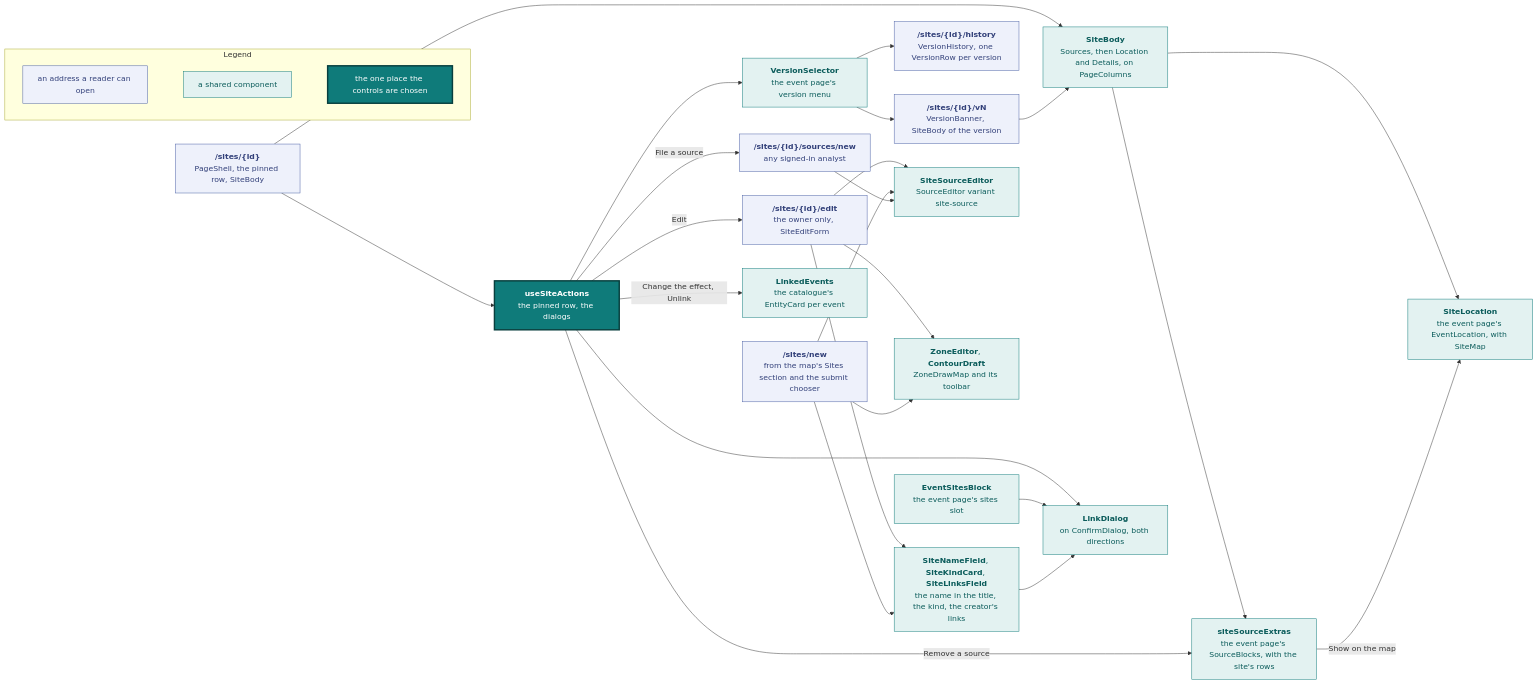
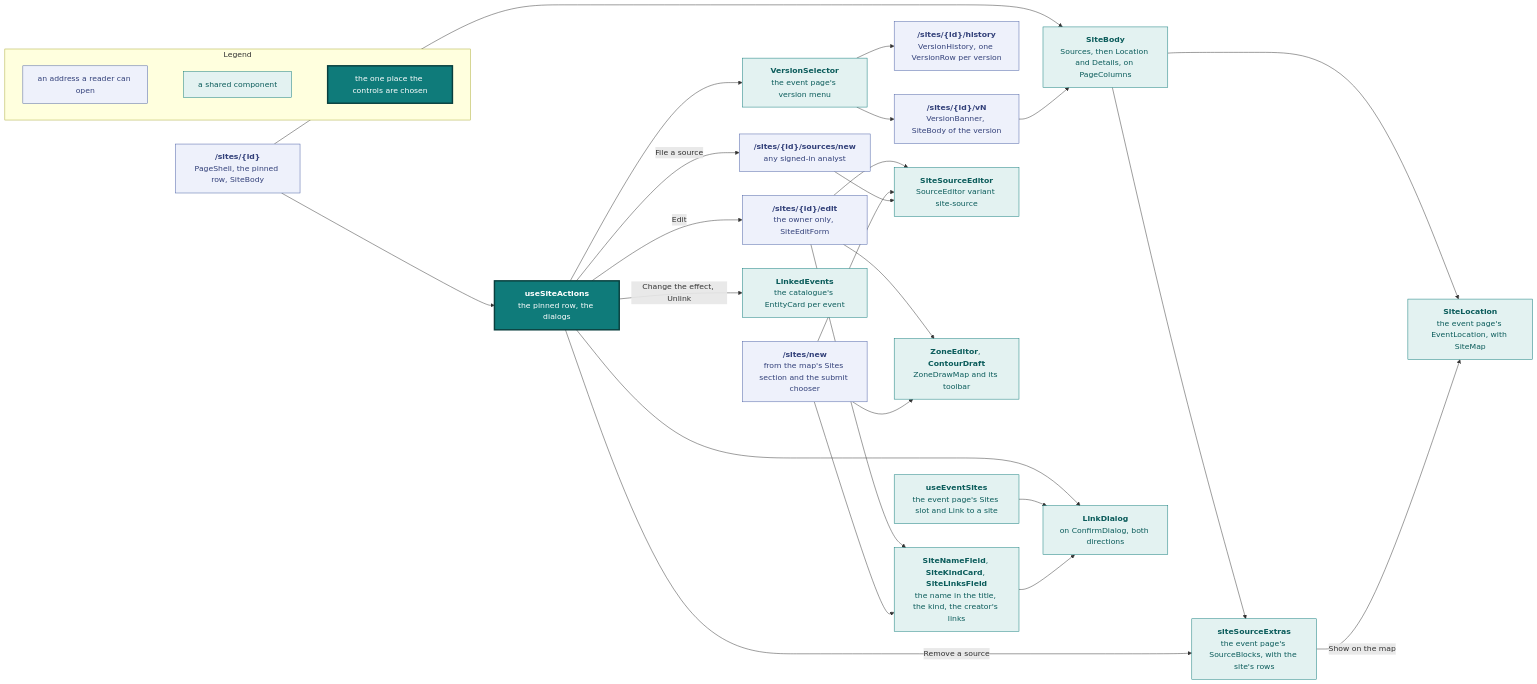
One commit to vidithq/vidit changed diagram 17 of 19 in docs/design.md. Above: the diagram before and after it, drawn with Mermaid. The commit also changed other lines of this file and 20 other files, not shown here.

````diff
--- a/docs/design.md
+++ b/docs/design.md
@@ -1638,73 +1642,73 @@
 ```mermaid
 flowchart LR
   classDef spec fill:#eef1fb,stroke:#4a5fa5,color:#33417a
   classDef shared fill:#e3f2f1,stroke:#0f7b7a,color:#0b5c5b
   classDef core fill:#0f7b7a,stroke:#083f3e,stroke-width:3px,color:#ffffff
 
   subgraph legend [Legend]
     direction LR
     l1["`an address a reader can open`"]:::spec
     l2["`a shared component`"]:::shared
     l3["`the one place the controls are chosen`"]:::core
     l1 ~~~ l2 ~~~ l3
   end
 
   page["`**/sites/{id}**
   PageShell, the pinned row, SiteBody`"]:::spec
   version["`**/sites/{id}/vN**
   VersionBanner, SiteBody of the version`"]:::spec
   history["`**/sites/{id}/history**
   VersionHistory, one VersionRow per version`"]:::spec
   edit["`**/sites/{id}/edit**
   the owner only, SiteEditForm`"]:::spec
   file["`**/sites/{id}/sources/new**
   any signed-in analyst`"]:::spec
   create["`**/sites/new**
   from the map's Sites section and the submit chooser`"]:::spec
   actions["`**useSiteActions**
   the pinned row, the dialogs`"]:::core
   body["`**SiteBody**
   Sources, then Location and Details, on PageColumns`"]:::shared
   selector["`**VersionSelector**
   the event page's version menu`"]:::shared
   card["`**siteSourceExtras**
   the event page's SourceBlocks, with the site's rows`"]:::shared
   zone["`**SiteLocation**
   the event page's EventLocation, with SiteMap`"]:::shared
   linked["`**LinkedEvents**
   the catalogue's EntityCard per event`"]:::shared
   dialog["`**LinkDialog**
   on ConfirmDialog, both directions`"]:::shared
   fields["`**SiteNameField**, **SiteKindCard**, **SiteLinksField**
   the name in the title, the kind, the creator's links`"]:::shared
   sourceEd["`**SiteSourceEditor**
   SourceEditor variant site-source`"]:::shared
   zoneed["`**ZoneEditor**, **ContourDraft**
   ZoneDrawMap and its toolbar`"]:::shared
-  event["`**EventSitesBlock**
-  the event page's sites slot`"]:::shared
+  event["`**useEventSites**
+  the event page's Sites slot and Link to a site`"]:::shared
 
   page --> actions
   page --> body
   version --> body
   body --> card
   body --> zone
   card -->|"Show on the map"| zone
   actions --> selector
   actions -->|"Change the effect, Unlink"| linked
   actions -->|"Remove a source"| card
   actions --> dialog
   event --> dialog
   selector --> version
   selector --> history
   actions -->|"Edit"| edit
   actions -->|"File a source"| file
   edit --> fields
   edit --> sourceEd
   edit --> zoneed
   create --> fields
   create --> sourceEd
   create --> zoneed
   fields --> dialog
   file --> sourceEd
 ```
````
